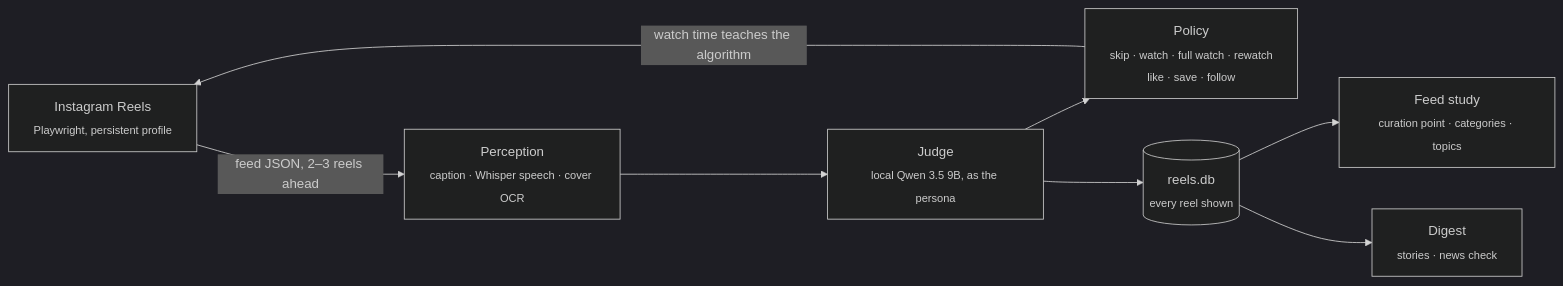
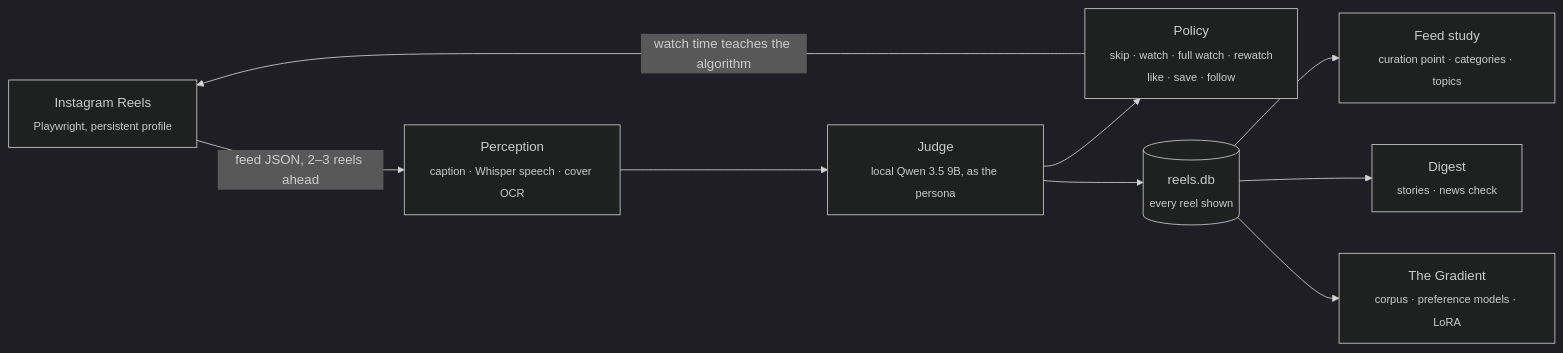
One commit to kidraah/PRAG_ML changed the diagram in README.md. Above: the diagram before and after it, drawn with Mermaid (dark theme). The commit also changed other lines of this file, not shown here.

````diff
--- a/README.md
+++ b/README.md
@@ -36,10 +101,11 @@
 ```mermaid
 flowchart LR
     A[Instagram Reels<br/><sub>Playwright, persistent profile</sub>] -->|feed JSON, 2–3 reels ahead| B[Perception<br/><sub>caption · Whisper speech · cover OCR</sub>]
     B --> C[Judge<br/><sub>local Qwen 3.5 9B, as the persona</sub>]
     C --> D[Policy<br/><sub>skip · watch · full watch · rewatch<br/>like · save · follow</sub>]
     D -->|watch time teaches the algorithm| A
     C --> E[(reels.db<br/><sub>every reel shown</sub>)]
     E --> F[Feed study<br/><sub>curation point · categories · topics</sub>]
     E --> G[Digest<br/><sub>stories · news check</sub>]
+    E --> H[The Gradient<br/><sub>corpus · preference models · LoRA</sub>]
 ```
````
